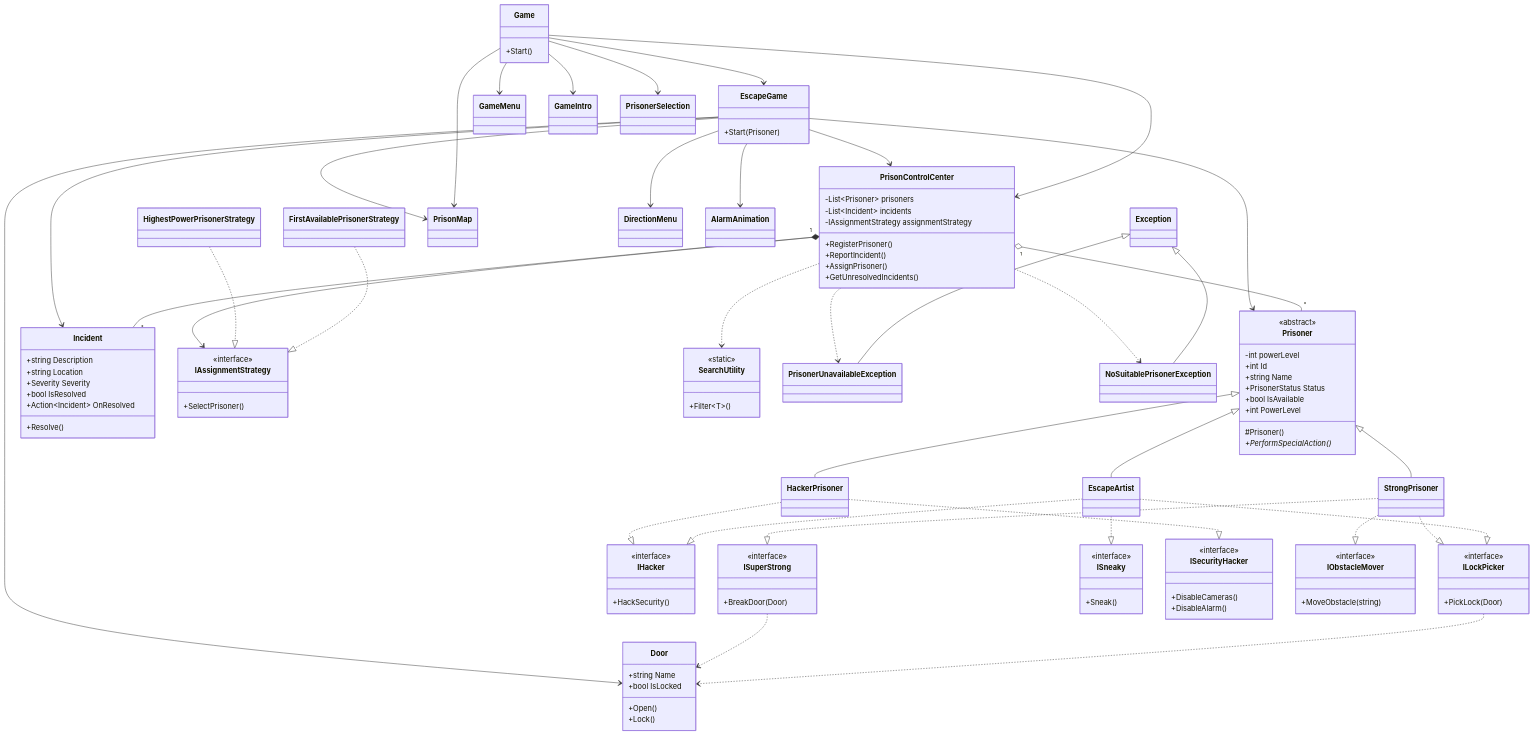
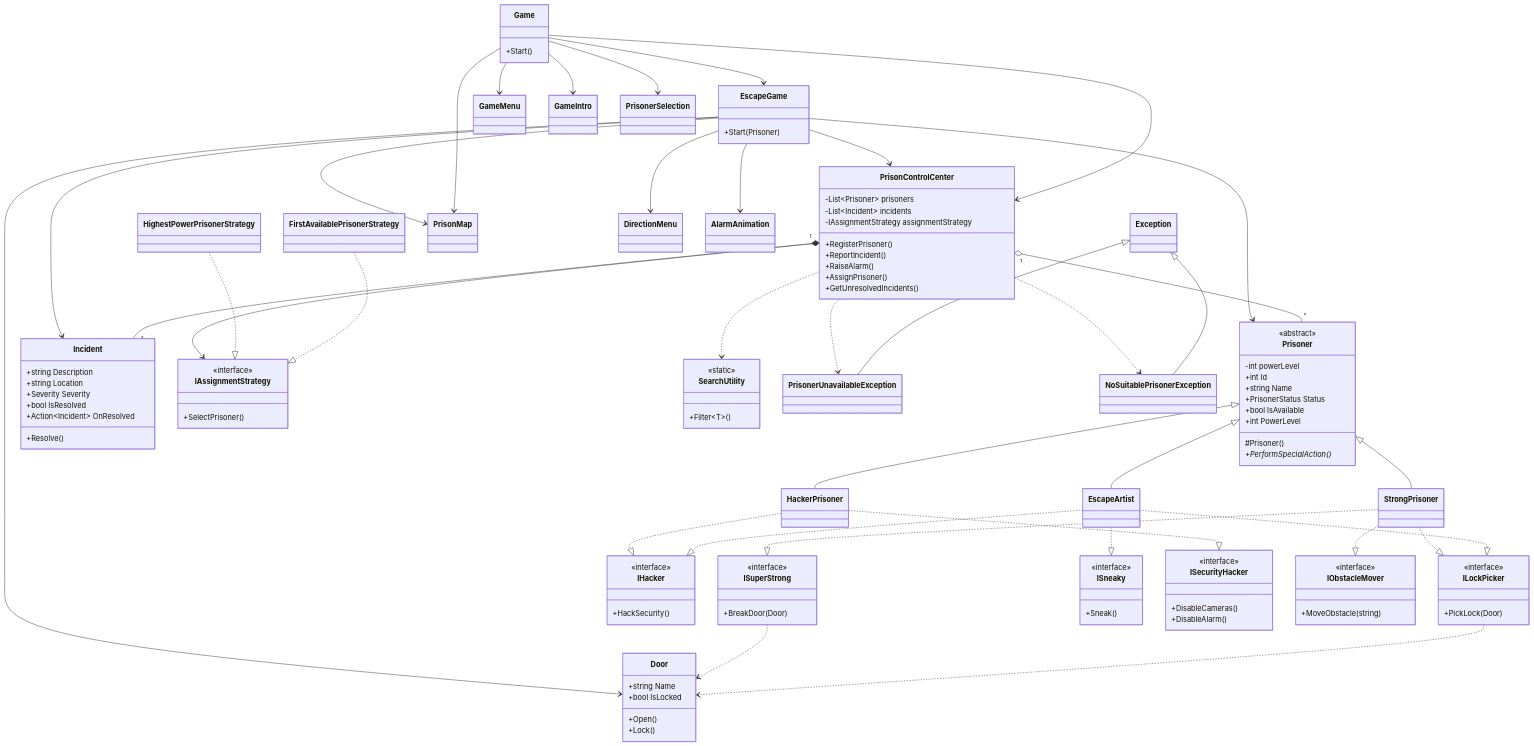
The diagram in README.md (halimeekiz/F-ngselsflugts-simulator), drawn with Mermaid before and after one commit. The commit also changed other lines of this file and 4 other files, not shown here.

```diff
--- a/README.md
+++ b/README.md
@@ -189,6 +190,7 @@
         -IAssignmentStrategy assignmentStrategy
         +RegisterPrisoner()
         +ReportIncident()
+        +RaiseAlarm()
         +AssignPrisoner()
         +GetUnresolvedIncidents()
     }
```
